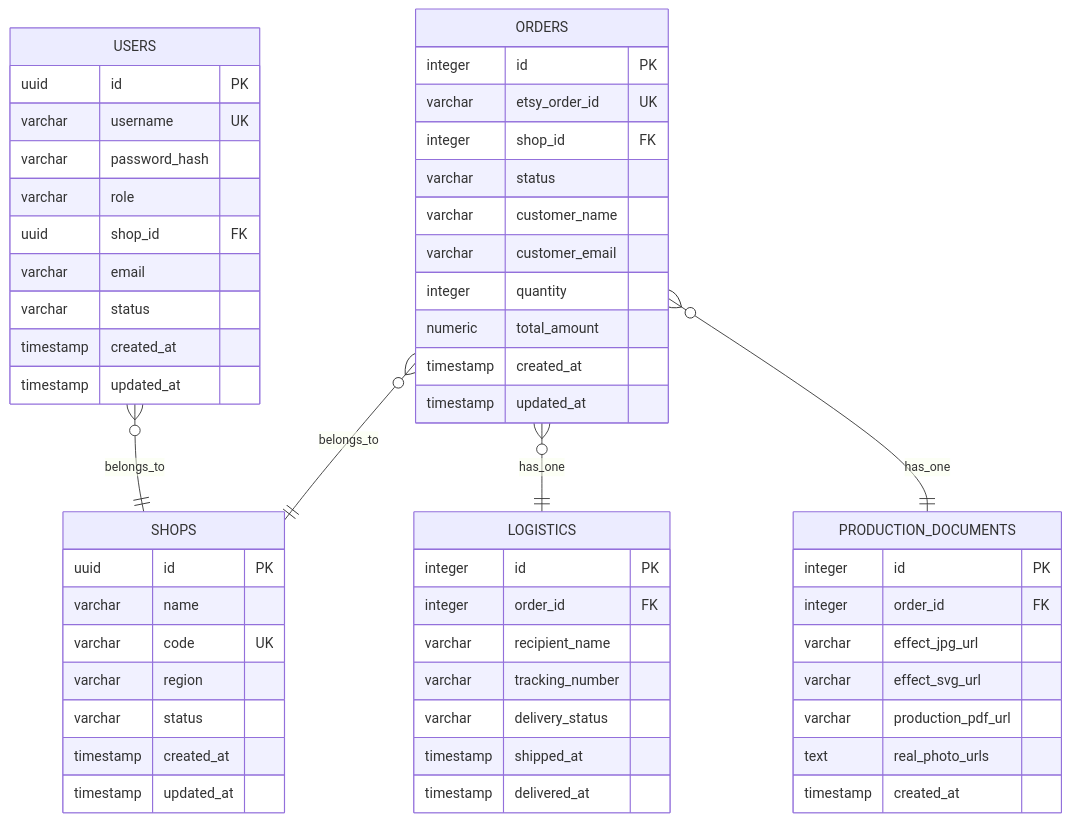
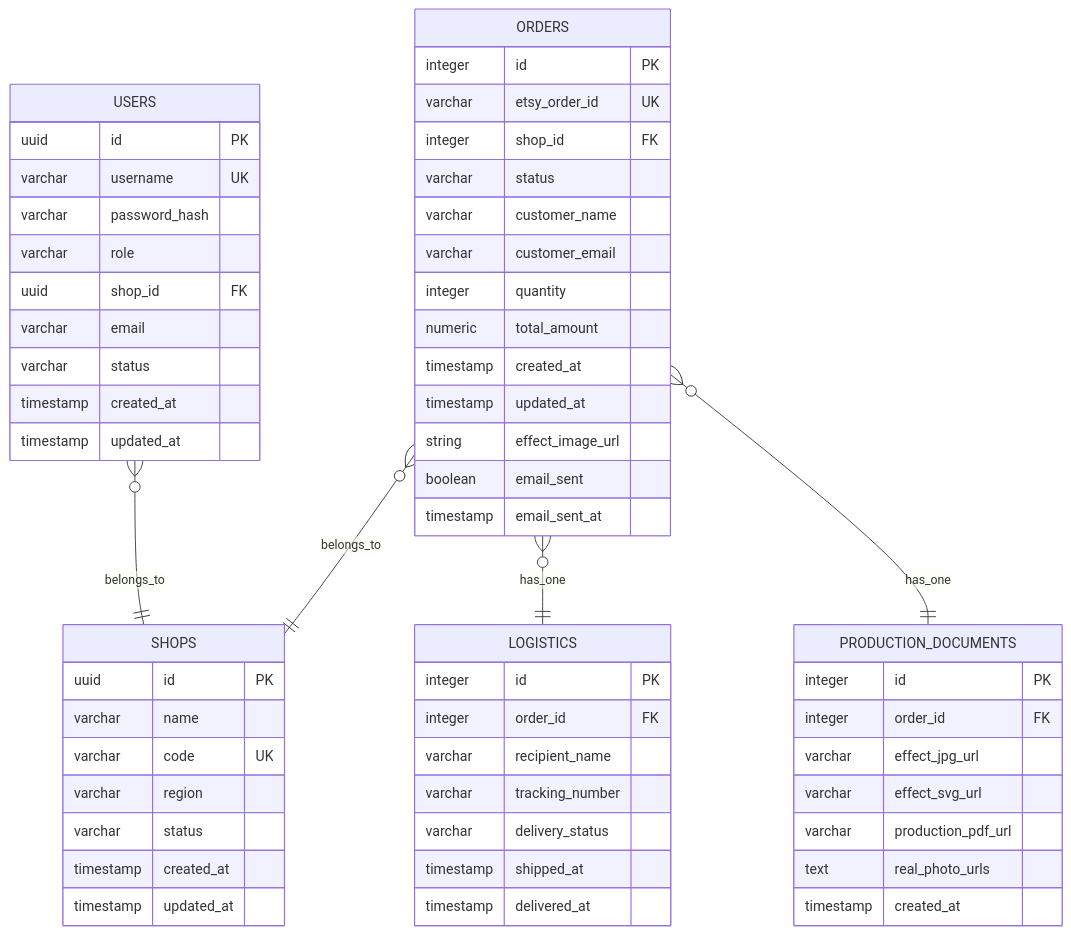
Before and after one commit to SY6621/POD-Order-Management: diagram 17 of 20 in .qoder/repowiki/zh/content/开发指南/管理面板功能增强.md, drawn with Mermaid. The commit also changed other lines of this file and 8 other files, not shown here.

````diff
--- a/.qoder/repowiki/zh/content/开发指南/管理面板功能增强.md
+++ b/.qoder/repowiki/zh/content/开发指南/管理面板功能增强.md
@@ -729,57 +867,60 @@
 ```mermaid
 erDiagram
 ORDERS {
 integer id PK
 varchar etsy_order_id UK
 integer shop_id FK
 varchar status
 varchar customer_name
 varchar customer_email
 integer quantity
 numeric total_amount
 timestamp created_at
 timestamp updated_at
+string effect_image_url
+boolean email_sent
+timestamp email_sent_at
 }
 SHOPS {
 uuid id PK
 varchar name
 varchar code UK
 varchar region
 varchar status
 timestamp created_at
 timestamp updated_at
 }
 USERS {
 uuid id PK
 varchar username UK
 varchar password_hash
 varchar role
 uuid shop_id FK
 varchar email
 varchar status
 timestamp created_at
 timestamp updated_at
 }
 LOGISTICS {
 integer id PK
 integer order_id FK
 varchar recipient_name
 varchar tracking_number
 varchar delivery_status
 timestamp shipped_at
 timestamp delivered_at
 }
 PRODUCTION_DOCUMENTS {
 integer id PK
 integer order_id FK
 varchar effect_jpg_url
 varchar effect_svg_url
 varchar production_pdf_url
 text real_photo_urls
 timestamp created_at
 }
 ORDERS }o--|| SHOPS : belongs_to
 ORDERS }o--|| LOGISTICS : has_one
 ORDERS }o--|| PRODUCTION_DOCUMENTS : has_one
 USERS }o--|| SHOPS : belongs_to
 ```
````
